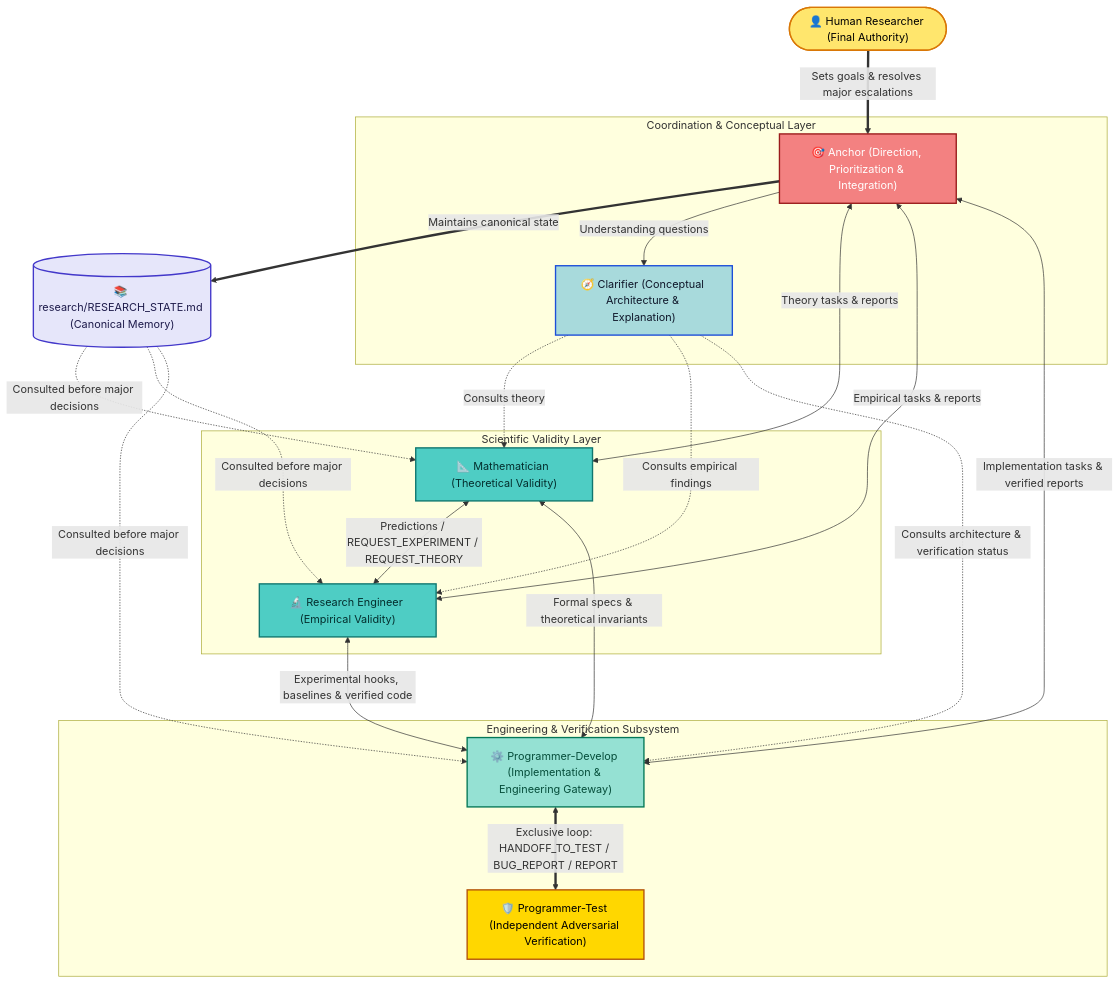
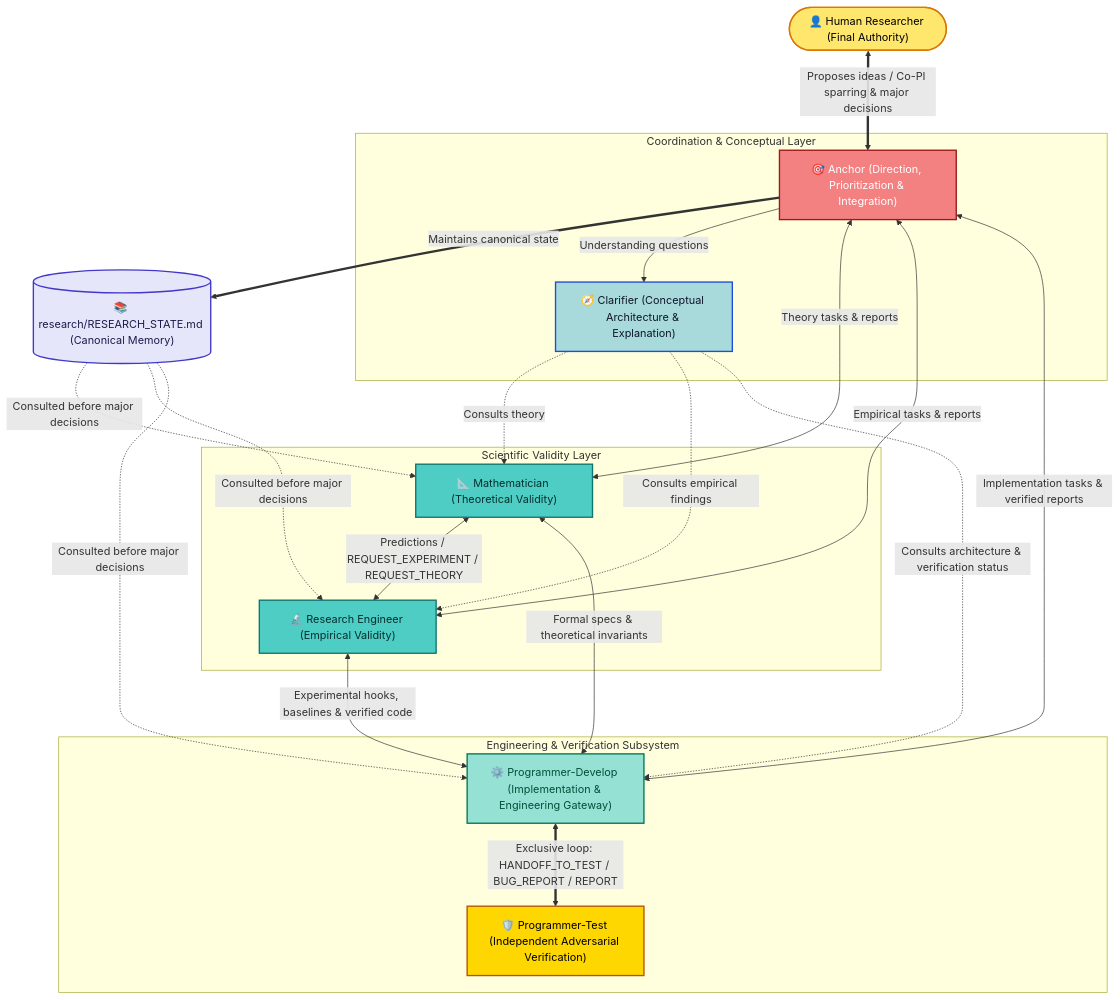
One commit to Shaun-Z/Multi-Agent-Scientific-Research-Framework changed the first of 3 diagrams in README.md. Above: the diagram before and after it, drawn with Mermaid. The commit also changed other lines of this file and 8 other files, not shown here.

Commit message:
Upgrade Anchor to Co-PI sparring partner and initialize THEORY/EXPERIMENTS templates

````diff
--- a/README.md
+++ b/README.md
@@ -30,56 +30,56 @@
 ```mermaid
 flowchart TD
     Human(["👤 Human Researcher (Final Authority)"])
     State[("📚 research/RESEARCH_STATE.md (Canonical Memory)")]
 
     subgraph Coordination["Coordination & Conceptual Layer"]
         Anchor["🎯 Anchor (Direction, Prioritization & Integration)"]
         Clarifier["🧭 Clarifier (Conceptual Architecture & Explanation)"]
     end
 
     subgraph ScienceLoop["Scientific Validity Layer"]
         Math["📐 Mathematician (Theoretical Validity)"]
         RE["🔬 Research Engineer (Empirical Validity)"]
     end
 
     subgraph EngineeringLoop["Engineering & Verification Subsystem"]
         Dev["⚙️ Programmer-Develop (Implementation & Engineering Gateway)"]
         Test["🛡️ Programmer-Test (Independent Adversarial Verification)"]
     end
 
-    Human ==>|"Sets goals & resolves major escalations"| Anchor
+    Human <==>|"Proposes ideas / Co-PI sparring & major decisions"| Anchor
     Anchor ==>|"Maintains canonical state"| State
     State -.->|"Consulted before major decisions"| Math
     State -.->|"Consulted before major decisions"| RE
     State -.->|"Consulted before major decisions"| Dev
 
     Anchor -->|"Understanding questions"| Clarifier
     Anchor <-->|"Theory tasks & reports"| Math
     Anchor <-->|"Empirical tasks & reports"| RE
     Anchor <-->|"Implementation tasks & verified reports"| Dev
 
     Clarifier -.->|"Consults theory"| Math
     Clarifier -.->|"Consults empirical findings"| RE
     Clarifier -.->|"Consults architecture & verification status"| Dev
 
     Math <-->|"Predictions / REQUEST_EXPERIMENT / REQUEST_THEORY"| RE
     Math <-->|"Formal specs & theoretical invariants"| Dev
     RE <-->|"Experimental hooks, baselines & verified code"| Dev
     Dev <==>|"Exclusive loop: HANDOFF_TO_TEST / BUG_REPORT / REPORT"| Test
 
     classDef human fill:#FFE66D,stroke:#D97706,stroke-width:2px,color:#000000
     classDef state fill:#E6E6FA,stroke:#4338CA,stroke-width:2px,color:#1E1B4B
     classDef coord fill:#F38181,stroke:#991B1B,stroke-width:2px,color:#FFFFFF
     classDef clarify fill:#A8DADC,stroke:#1D4ED8,stroke-width:2px,color:#0F172A
     classDef science fill:#4ECDC4,stroke:#0F766E,stroke-width:2px,color:#042F2E
     classDef eng fill:#95E1D3,stroke:#047857,stroke-width:2px,color:#064E3B
     classDef test fill:#FFD700,stroke:#B45309,stroke-width:2px,color:#000000
 
     class Human human
     class State state
     class Anchor coord
     class Clarifier clarify
     class Math,RE science
     class Dev eng
     class Test test
 ```
````
